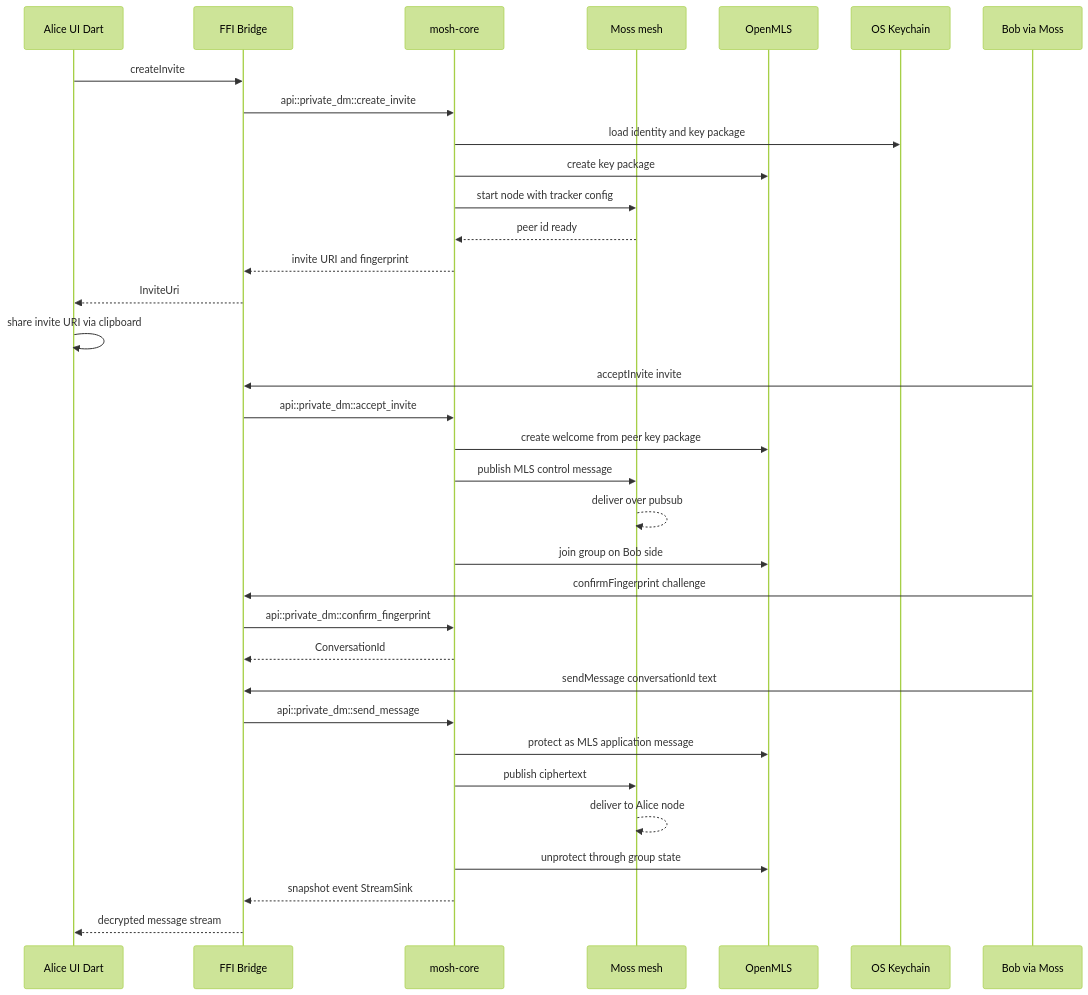
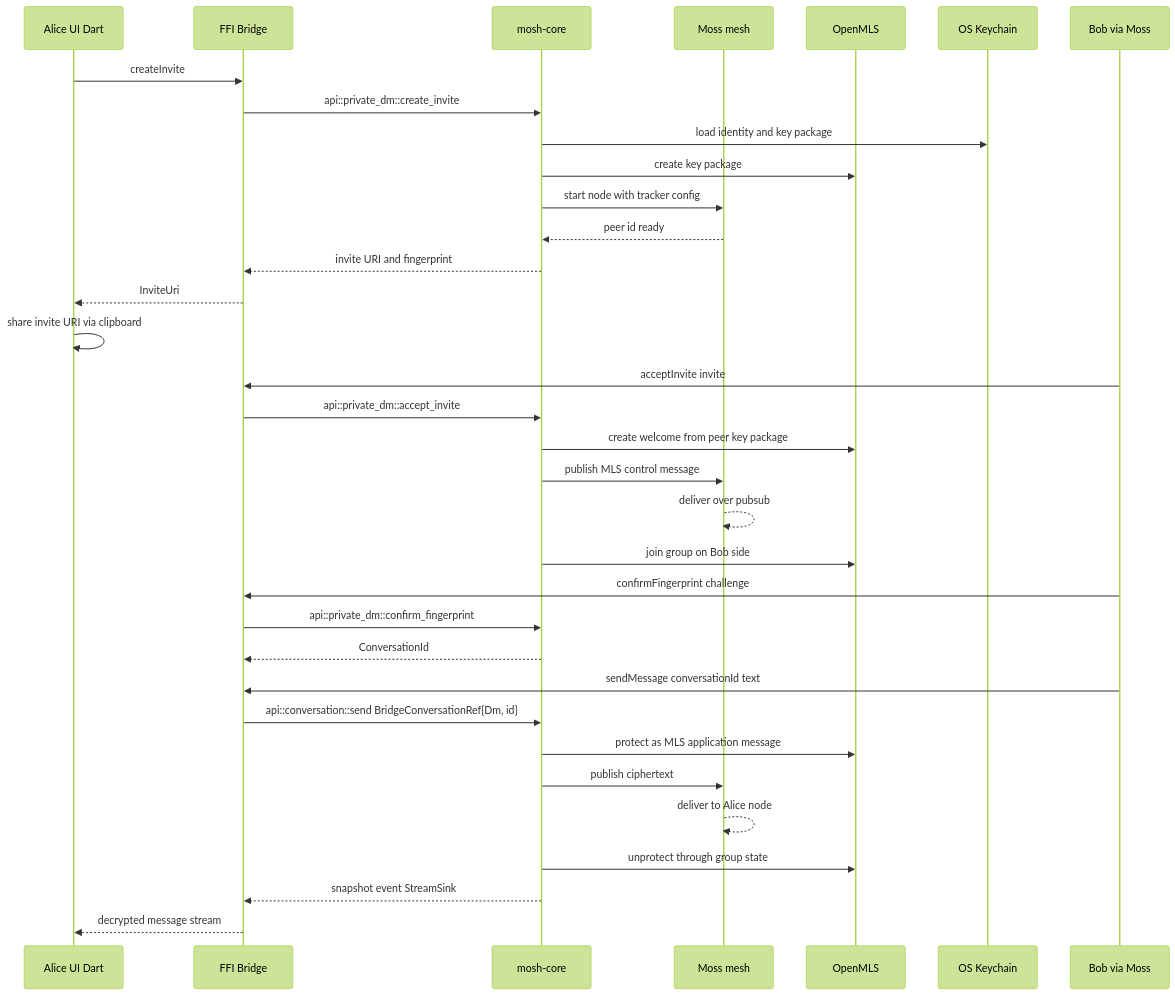
The fifth of 11 diagrams in docs/Architecture.md (redstone-md/mosh-flutter), drawn with Mermaid (forest theme) before and after one commit. The commit also changed 18 other files, not shown here.

````diff
--- a/docs/Architecture.md
+++ b/docs/Architecture.md
@@ -152,37 +152,37 @@
 ```mermaid
 sequenceDiagram
     participant Alice as Alice UI Dart
     participant Bridge as FFI Bridge
     participant Core as mosh-core
     participant Moss as Moss mesh
     participant Mls as OpenMLS
     participant Keychain as OS Keychain
     participant Bob as Bob via Moss
 
     Alice->>Bridge: createInvite
     Bridge->>Core: api::private_dm::create_invite
     Core->>Keychain: load identity and key package
     Core->>Mls: create key package
     Core->>Moss: start node with tracker config
     Moss-->>Core: peer id ready
     Core-->>Bridge: invite URI and fingerprint
     Bridge-->>Alice: InviteUri
     Alice->>Alice: share invite URI via clipboard
     Bob->>Bridge: acceptInvite invite
     Bridge->>Core: api::private_dm::accept_invite
     Core->>Mls: create welcome from peer key package
     Core->>Moss: publish MLS control message
     Moss-->>Moss: deliver over pubsub
     Core->>Mls: join group on Bob side
     Bob->>Bridge: confirmFingerprint challenge
     Bridge->>Core: api::private_dm::confirm_fingerprint
     Core-->>Bridge: ConversationId
     Bob->>Bridge: sendMessage conversationId text
-    Bridge->>Core: api::private_dm::send_message
+    Bridge->>Core: api::conversation::send BridgeConversationRef{Dm, id}
     Core->>Mls: protect as MLS application message
     Core->>Moss: publish ciphertext
     Moss-->>Moss: deliver to Alice node
     Core->>Mls: unprotect through group state
     Core-->>Bridge: snapshot event StreamSink
     Bridge-->>Alice: decrypted message stream
 ```
````
